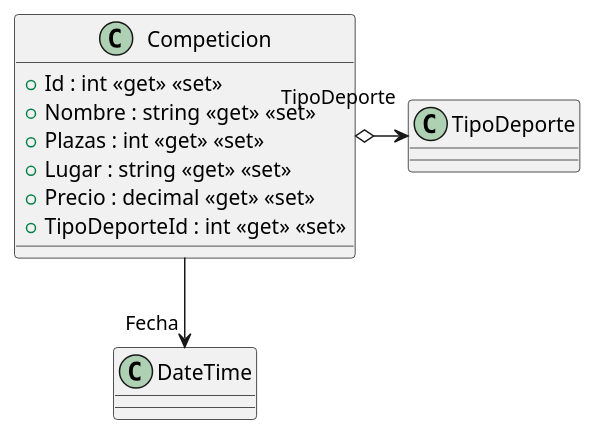
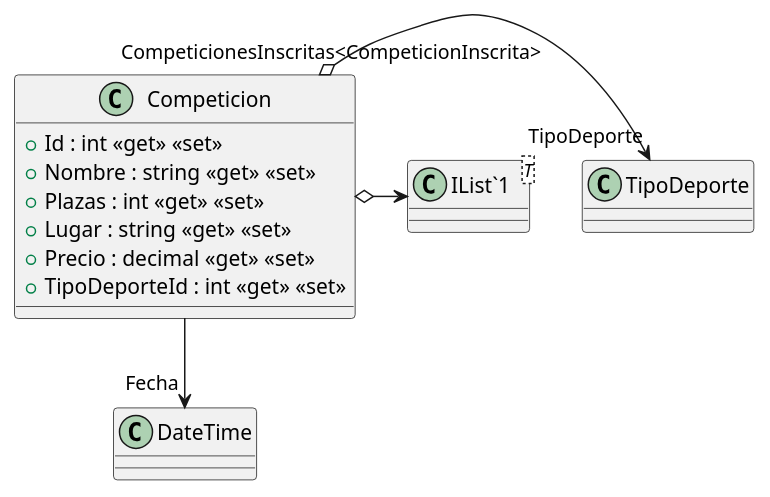
One commit to 2026-27AstonMartin/ISII2627AstonMartin changed the diagram in src/AppForSEII.API/ClassDiagram/Models/Competicion.puml. Above: the diagram before and after it, drawn with PlantUML. The commit also changed 8 other files, not shown here.

First line of the commit message:
Desarrollar clase CompeticionInscrita (#72)

```diff
--- a/src/AppForSEII.API/ClassDiagram/Models/Competicion.puml
+++ b/src/AppForSEII.API/ClassDiagram/Models/Competicion.puml
@@ -1,12 +1,15 @@
 @startuml
 class Competicion {
     + Id : int <<get>> <<set>>
     + Nombre : string <<get>> <<set>>
     + Plazas : int <<get>> <<set>>
     + Lugar : string <<get>> <<set>>
     + Precio : decimal <<get>> <<set>>
     + TipoDeporteId : int <<get>> <<set>>
 }
+class "IList`1"<T> {
+}
 Competicion --> "Fecha" DateTime
 Competicion o-> "TipoDeporte" TipoDeporte
+Competicion o-> "CompeticionesInscritas<CompeticionInscrita>" "IList`1"
 @enduml
```
